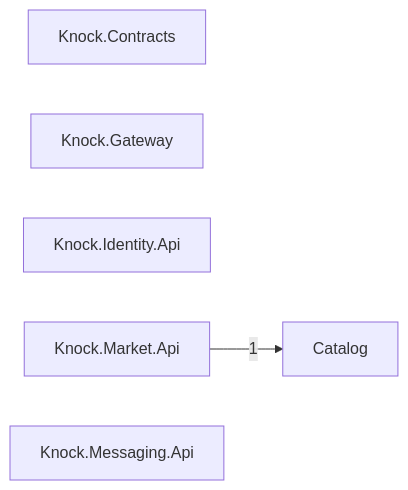
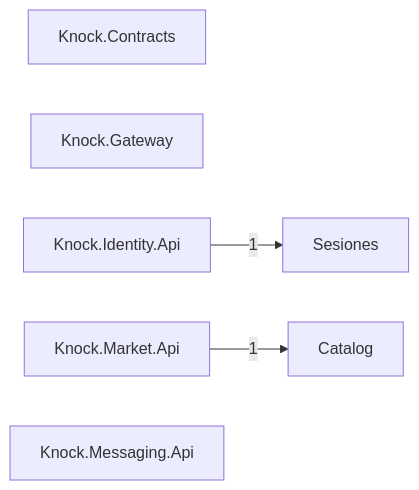
The diagram in docs/architecture/modules.mmd (Tensei-Devs/knock-backend), drawn with Mermaid before and after one commit. The commit also changed 69 other files, not shown here.

First line of the commit message:
feat(identity): exchange the Firebase token for an account and session (KNOCK-210)

```diff
--- a/docs/architecture/modules.mmd
+++ b/docs/architecture/modules.mmd
@@ -1,8 +1,10 @@
 graph LR
   Catalog["Catalog"]
   Knock_Contracts["Knock.Contracts"]
   Knock_Gateway["Knock.Gateway"]
   Knock_Identity_Api["Knock.Identity.Api"]
   Knock_Market_Api["Knock.Market.Api"]
   Knock_Messaging_Api["Knock.Messaging.Api"]
+  Sesiones["Sesiones"]
+  Knock_Identity_Api -->|1| Sesiones
   Knock_Market_Api -->|1| Catalog
```
